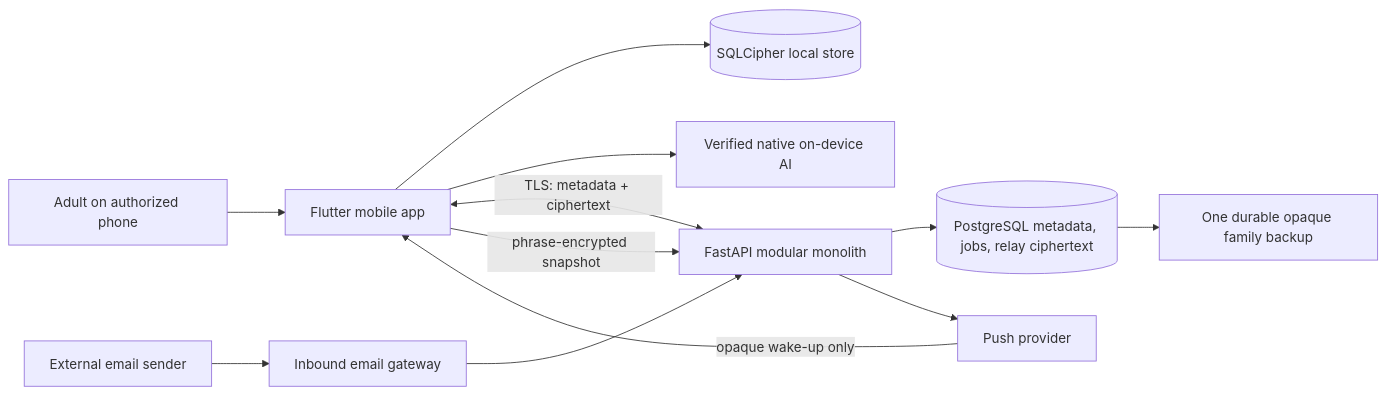
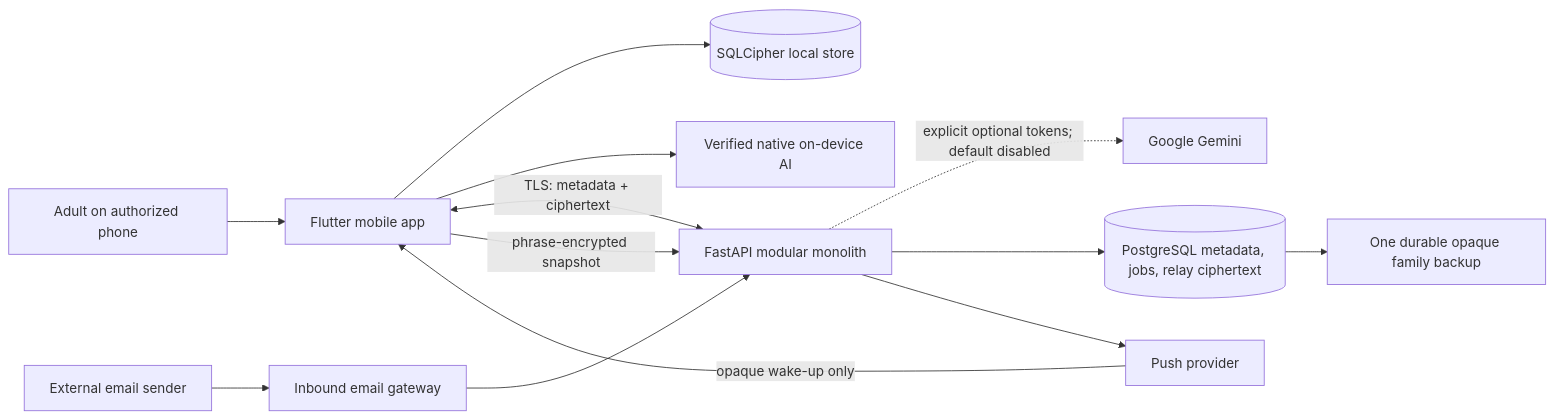
The diagram in docs/architecture/ARCHITECTURE.md (charan-varadharajan/sarti), drawn with Mermaid before and after one commit. The commit also changed other lines of this file and 71 other files, not shown here.

````diff
--- a/docs/architecture/ARCHITECTURE.md
+++ b/docs/architecture/ARCHITECTURE.md
@@ -10,14 +10,15 @@
 ```mermaid
 flowchart LR
   Adult[Adult on authorized phone] --> App[Flutter mobile app]
   App --> Local[(SQLCipher local store)]
   App --> NativeAI[Verified native on-device AI]
   App <-->|TLS: metadata + ciphertext| API[FastAPI modular monolith]
+  API -.->|explicit optional tokens; default disabled| CloudAI[Google Gemini]
   API --> PG[(PostgreSQL metadata, jobs, relay ciphertext)]
   Mail[External email sender] --> Gateway[Inbound email gateway]
   Gateway --> API
   API --> Push[Push provider]
   Push -->|opaque wake-up only| App
   App -->|phrase-encrypted snapshot| API
   PG --> Backup[One durable opaque family backup]
 ```
````
